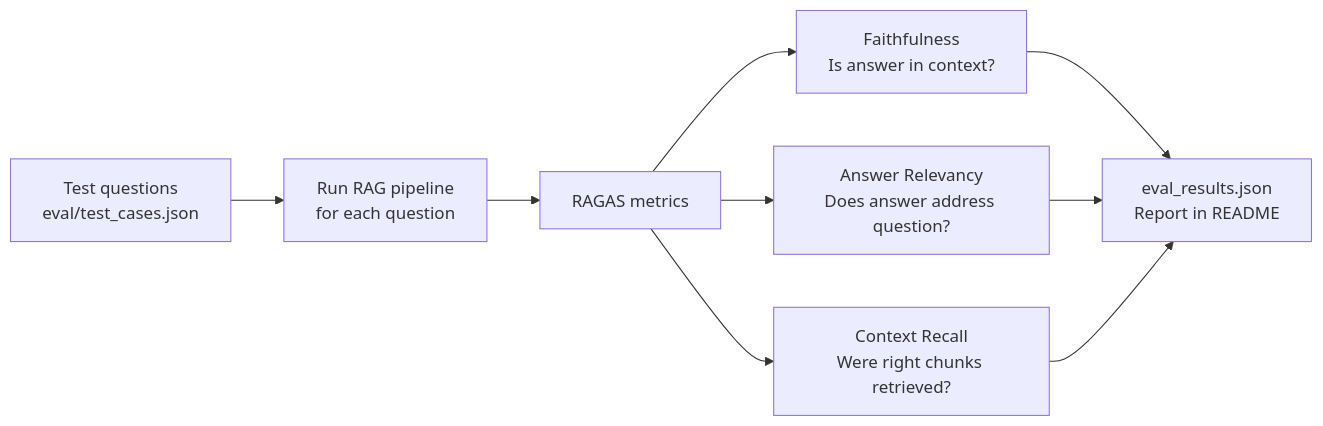
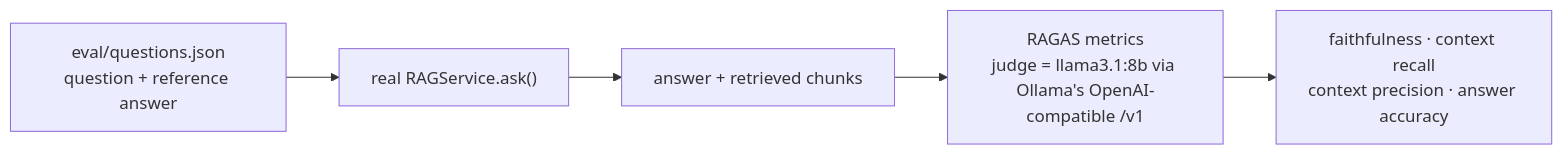
The fifth of 6 diagrams in docs/PHASE_3_RAG_PIPELINE.md (Paulmburu/ai-crop-disease-platform), drawn with Mermaid before and after one commit. The commit also changed other lines of this file and 1 other file, not shown here.

Commit message:
docs: regenerate phase 3 doc from the real rag-service code; fix roadmap RAG section

````diff
--- a/docs/PHASE_3_RAG_PIPELINE.md
+++ b/docs/PHASE_3_RAG_PIPELINE.md
@@ -1881,9 +1100,7 @@
 ```mermaid
 flowchart LR
-    A["Test questions\neval/test_cases.json"] --> B["Run RAG pipeline\nfor each question"]
-    B --> C["RAGAS metrics"]
-    C --> D["Faithfulness\nIs answer in context?"]
-    C --> E["Answer Relevancy\nDoes answer address question?"]
-    C --> F["Context Recall\nWere right chunks retrieved?"]
-    D & E & F --> G["eval_results.json\nReport in README"]
+    Q["eval/questions.json<br/>question + reference answer"] --> R["real RAGService.ask()"]
+    R --> A["answer + retrieved chunks"]
+    A --> J["RAGAS metrics<br/>judge = llama3.1:8b via Ollama's OpenAI-compatible /v1"]
+    J --> S["faithfulness · context recall<br/>context precision · answer accuracy"]
 ```
````
